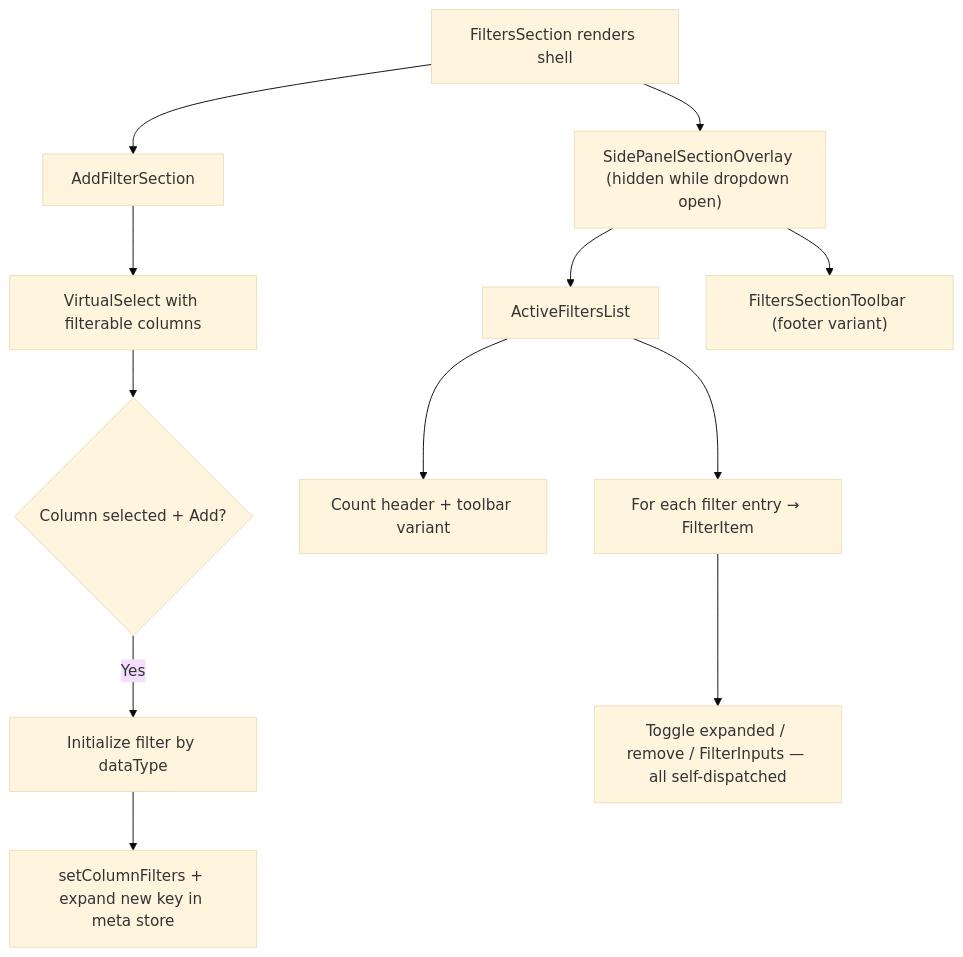
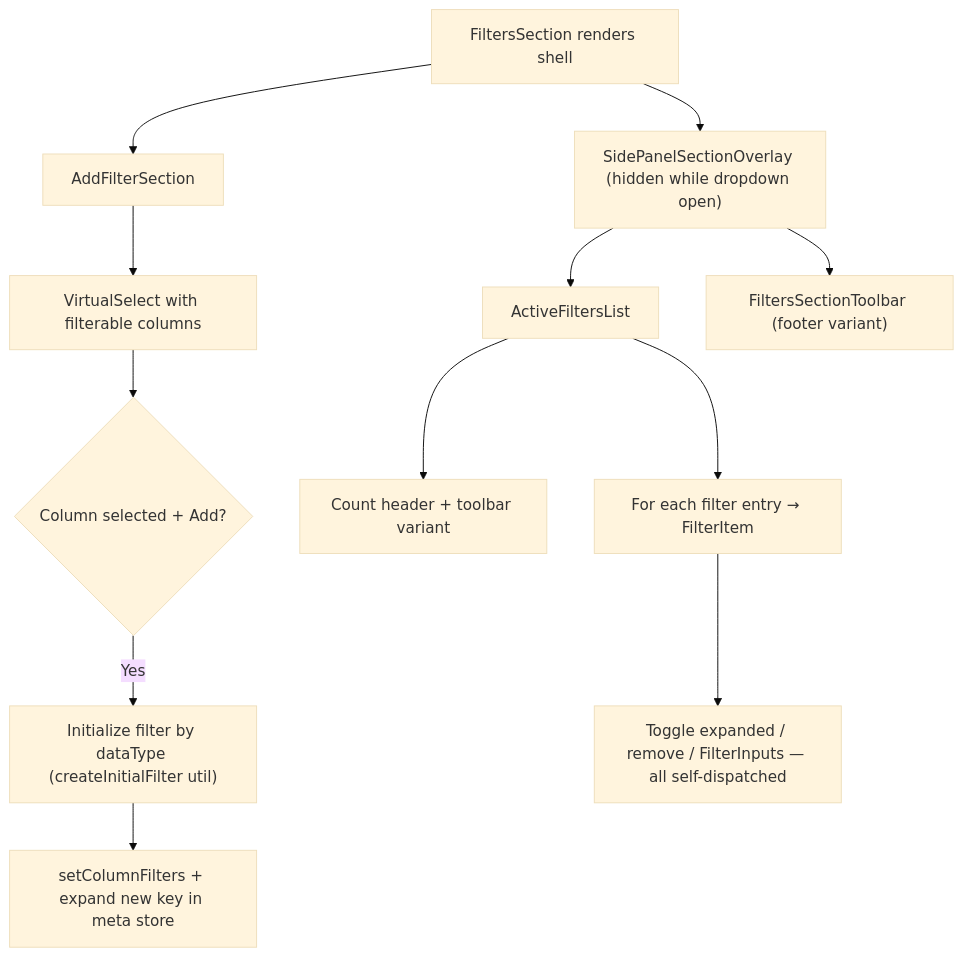
The second of 2 diagrams in packages/ui/src/components/Table/TableSettingsDrawer/FiltersSection/ARCHITECTURE.md (luciocabrera/lcabrera-stack), drawn with Mermaid (base theme) before and after one commit. The commit also changed other lines of this file and 5 other files, not shown here.

````diff
--- a/packages/ui/src/components/Table/TableSettingsDrawer/FiltersSection/ARCHITECTURE.md
+++ b/packages/ui/src/components/Table/TableSettingsDrawer/FiltersSection/ARCHITECTURE.md
@@ -107,16 +112,16 @@
 ```mermaid
 graph TD
   A["FiltersSection renders shell"] --> B["AddFilterSection"]
   B --> C["VirtualSelect with filterable columns"]
   C --> D{"Column selected + Add?"}
-  D -->|Yes| E["Initialize filter by dataType"]
+  D -->|Yes| E["Initialize filter by dataType (createInitialFilter util)"]
   E --> F["setColumnFilters + expand new key in meta store"]
 
   A --> G["SidePanelSectionOverlay (hidden while dropdown open)"]
   G --> H["ActiveFiltersList"]
   H --> I["Count header + toolbar variant"]
   H --> J["For each filter entry → FilterItem"]
   J --> K["Toggle expanded / remove / FilterInputs — all self-dispatched"]
 
   G --> L["FiltersSectionToolbar (footer variant)"]
 ```
````
